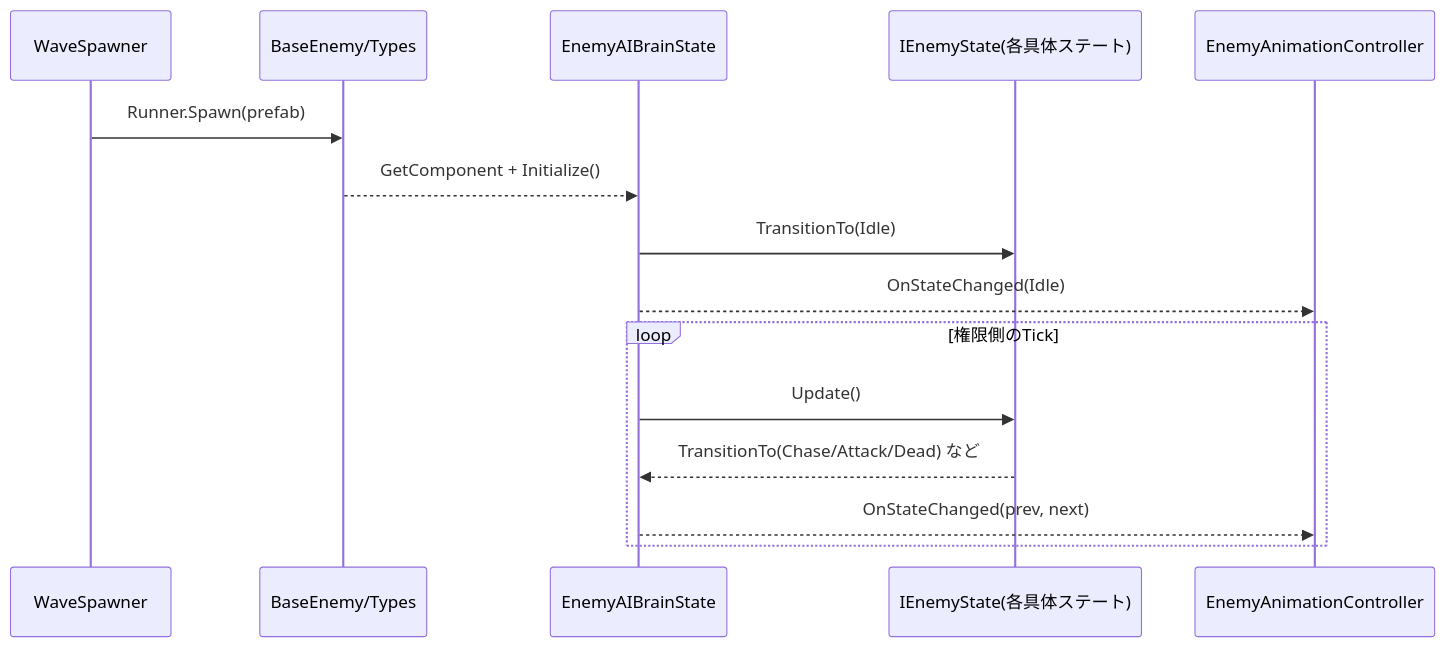
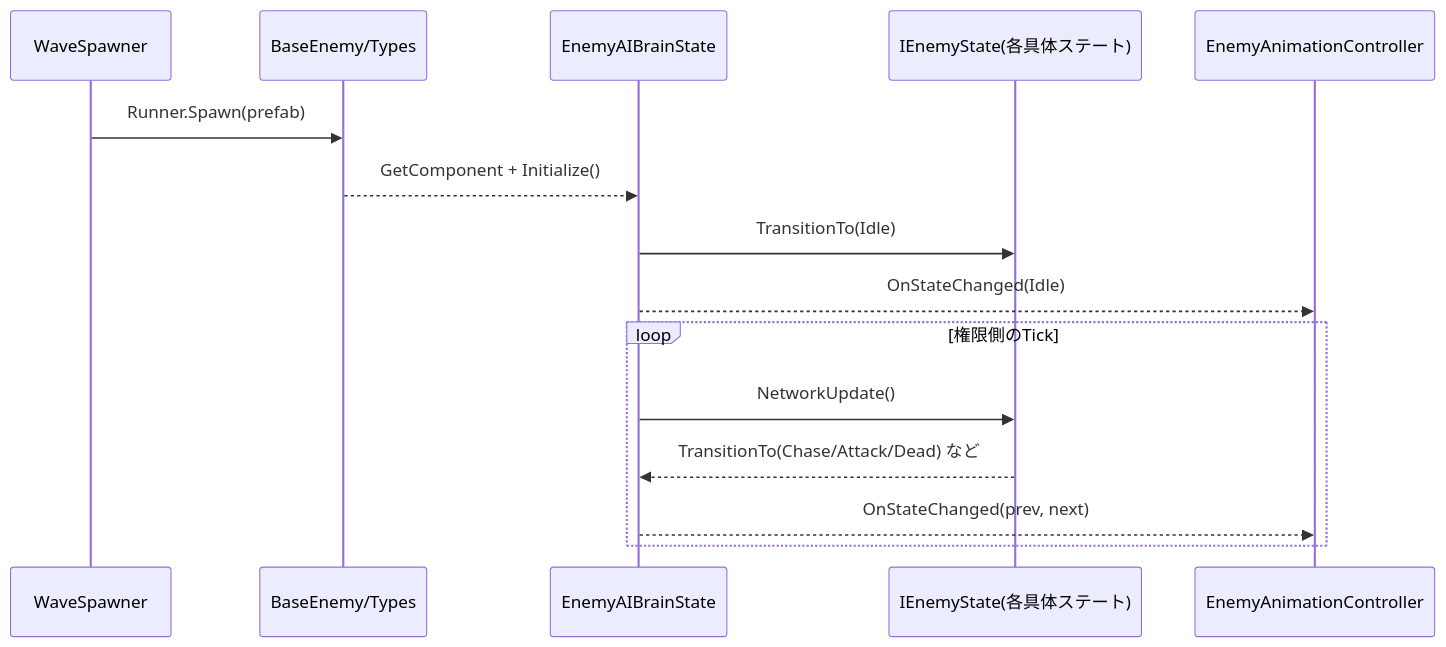
The second of 2 diagrams in Assets/Docs/敵システム仕様書.md (rioreo9/NetworkProject), drawn with Mermaid before and after one commit. The commit also changed other lines of this file and 20 other files, not shown here.

````diff
--- a/Assets/Docs/敵システム仕様書.md
+++ b/Assets/Docs/敵システム仕様書.md
@@ -164,18 +164,18 @@
 ```mermaid
 sequenceDiagram
   participant Spawner as WaveSpawner
   participant Enemy as BaseEnemy/Types
   participant Brain as EnemyAIBrainState
   participant State as IEnemyState(各具体ステート)
   participant Anim as EnemyAnimationController
 
   Spawner->>Enemy: Runner.Spawn(prefab)
   Enemy-->>Brain: GetComponent + Initialize()
   Brain->>State: TransitionTo(Idle)
   Brain-->>Anim: OnStateChanged(Idle)
   loop 権限側のTick
-    Brain->>State: Update()
+    Brain->>State: NetworkUpdate()
     State-->>Brain: TransitionTo(Chase/Attack/Dead) など
     Brain-->>Anim: OnStateChanged(prev, next)
   end
 ```
````
